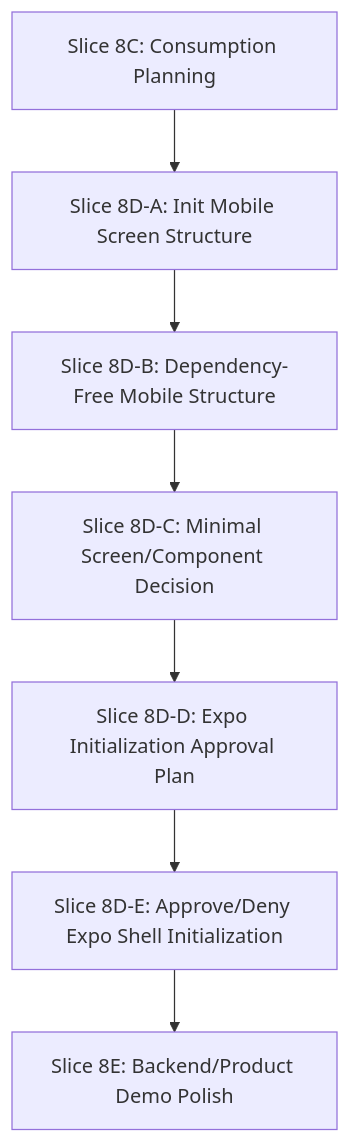
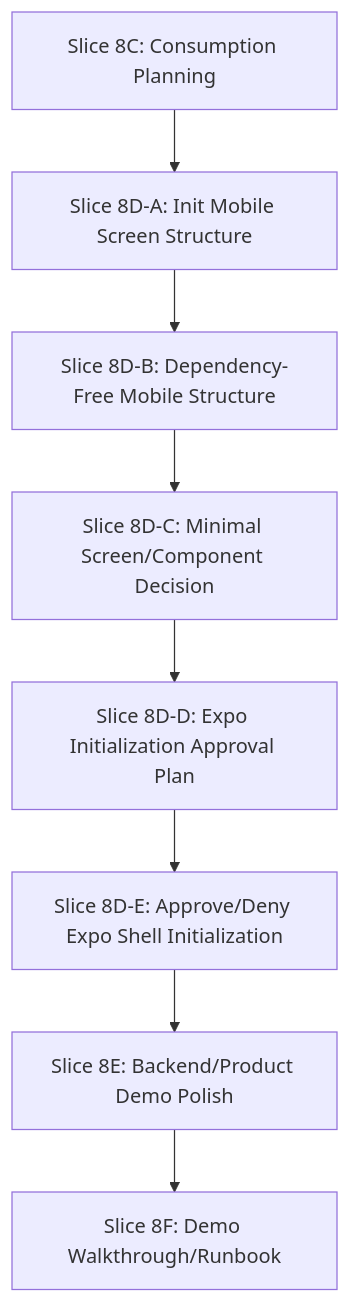
Before and after one commit to VThanhNguyen2002/orbit-ai-workspace: the second of 2 diagrams in docs/summary-history-ui-consumption-plan.md, drawn with Mermaid. The commit also changed other lines of this file and 9 other files, not shown here.

Commit message:
feat: polish fake summary history demo flow

````diff
--- a/docs/summary-history-ui-consumption-plan.md
+++ b/docs/summary-history-ui-consumption-plan.md
@@ -174,9 +175,10 @@
 ```mermaid
 graph TD
     8C[Slice 8C: Consumption Planning] --> 8DA[Slice 8D-A: Init Mobile Screen Structure]
     8DA --> 8DB[Slice 8D-B: Dependency-Free Mobile Structure]
     8DB --> 8DC[Slice 8D-C: Minimal Screen/Component Decision]
     8DC --> 8DD[Slice 8D-D: Expo Initialization Approval Plan]
     8DD --> 8DE[Slice 8D-E: Approve/Deny Expo Shell Initialization]
     8DE --> 8E[Slice 8E: Backend/Product Demo Polish]
+    8E --> 8F[Slice 8F: Demo Walkthrough/Runbook]
 ```
````
